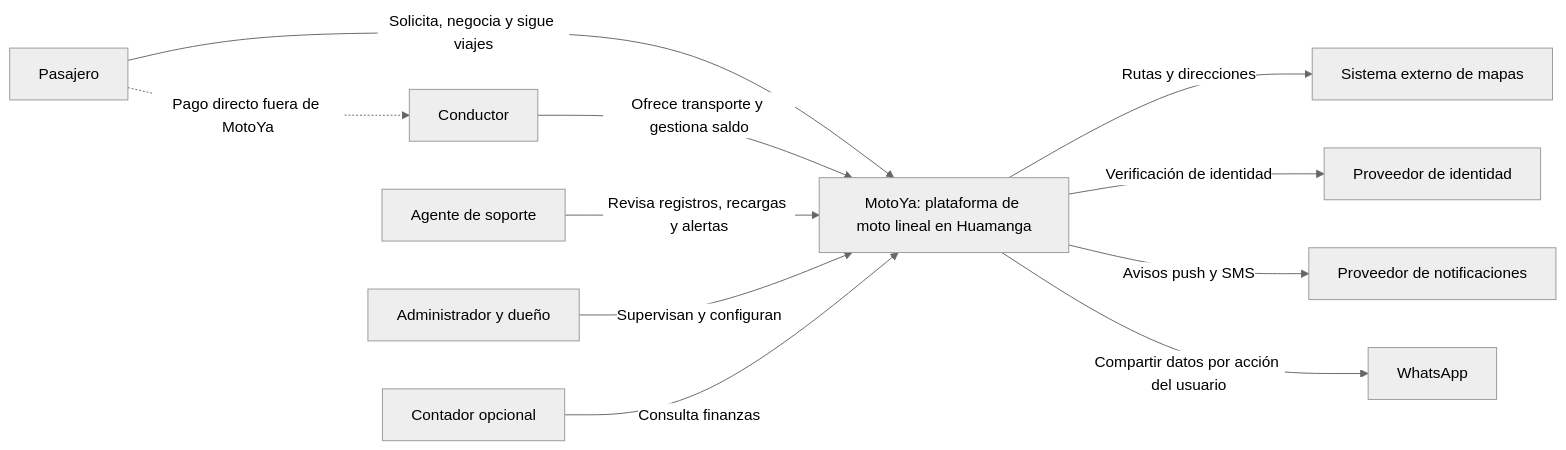
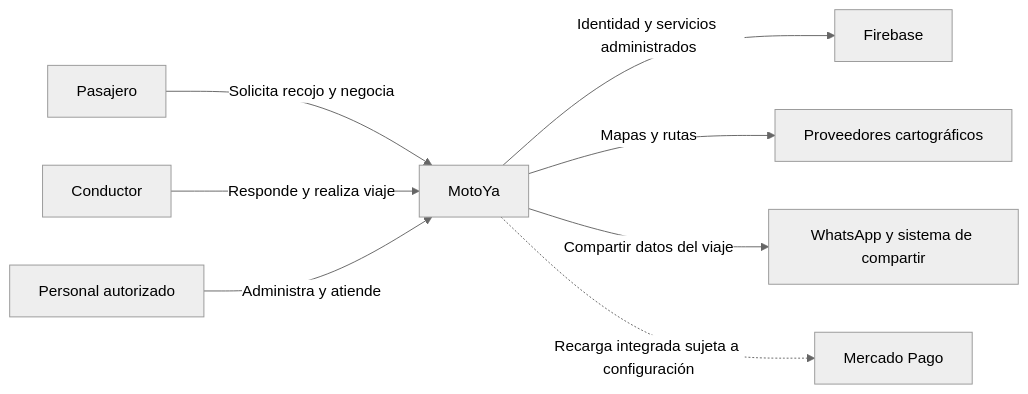
The diagram in docs/04-modelo-c4/nivel1-contexto.md (ademir-tec/Sprint01-MotoYa), drawn with Mermaid (neutral theme) before and after one commit. The commit also changed other lines of this file, not shown here.

````diff
--- a/docs/04-modelo-c4/nivel1-contexto.md
+++ b/docs/04-modelo-c4/nivel1-contexto.md
@@ -5,13 +25,10 @@
 ```mermaid
 flowchart LR
-  P[Pasajero] -->|Solicita, negocia y sigue viajes| M[MotoYa: plataforma de moto lineal en Huamanga]
-  C[Conductor] -->|Ofrece transporte y gestiona saldo| M
-  S[Agente de soporte] -->|Revisa registros, recargas y alertas| M
-  A[Administrador y dueño] -->|Supervisan y configuran| M
-  T[Contador opcional] -->|Consulta finanzas| M
-  M -->|Rutas y direcciones| G[Sistema externo de mapas]
-  M -->|Verificación de identidad| I[Proveedor de identidad]
-  M -->|Avisos push y SMS| N[Proveedor de notificaciones]
-  M -->|Compartir datos por acción del usuario| W[WhatsApp]
-  P -.->|Pago directo fuera de MotoYa| C
+  P[Pasajero] -->|Solicita recojo y negocia| M[MotoYa]
+  C[Conductor] -->|Responde y realiza viaje| M
+  E[Personal autorizado] -->|Administra y atiende| M
+  M -->|Identidad y servicios administrados| F[Firebase]
+  M -->|Mapas y rutas| R[Proveedores cartográficos]
+  M -->|Compartir datos del viaje| W[WhatsApp y sistema de compartir]
+  M -.->|Recarga integrada sujeta a configuración| MP[Mercado Pago]
 ```
````
